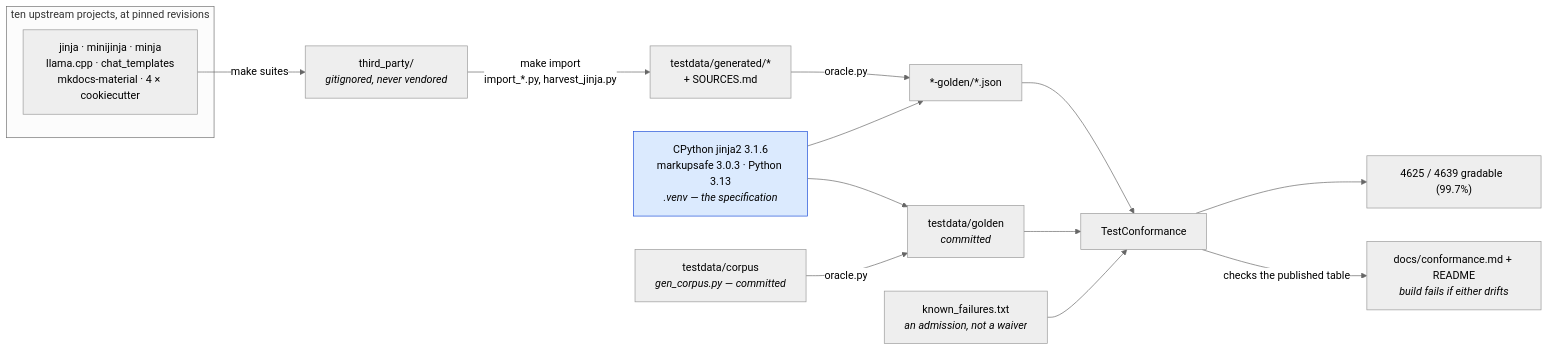
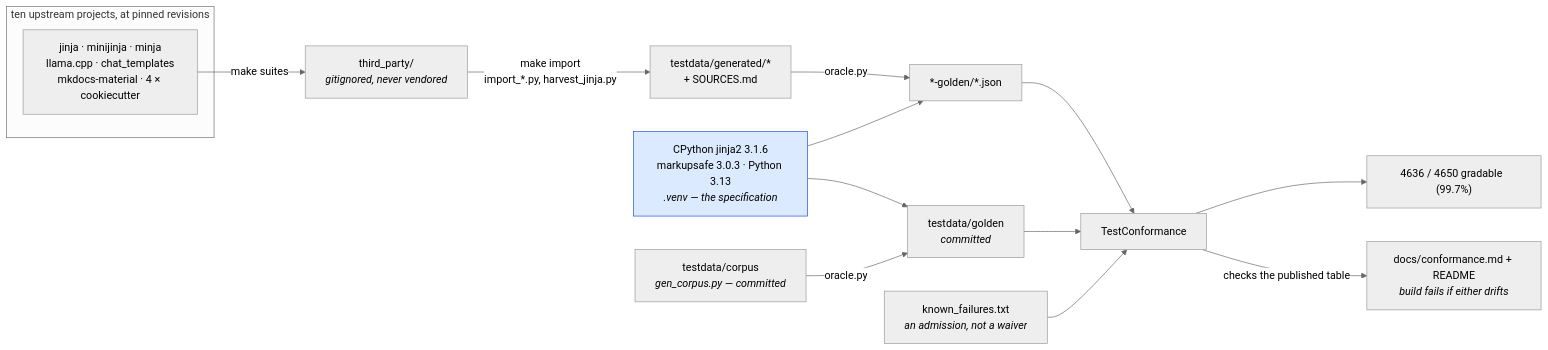
One commit to mgilbir/gojja2 changed the first of 2 diagrams in docs/conformance.md. Above: the diagram before and after it, drawn with Mermaid (neutral theme). The commit also changed other lines of this file and 38 other files, not shown here.

````diff
--- a/docs/conformance.md
+++ b/docs/conformance.md
@@ -17,24 +17,24 @@
 ```mermaid
 flowchart LR
     subgraph up["ten upstream projects, at pinned revisions"]
         U1["jinja · minijinja · minja<br/>llama.cpp · chat_templates<br/>mkdocs-material · 4 × cookiecutter"]
     end
     U1 -->|"make suites"| TP["third_party/<br/><i>gitignored, never vendored</i>"]
     TP -->|"make import<br/>import_*.py, harvest_jinja.py"| GEN["testdata/generated/*<br/>+ SOURCES.md"]
 
     ORA["CPython jinja2 3.1.6<br/>markupsafe 3.0.3 · Python 3.13<br/><i>.venv — the specification</i>"]
     GEN -->|"oracle.py"| G2["*-golden/*.json"]
     ORA --> G2
 
     OWN["testdata/corpus<br/><i>gen_corpus.py — committed</i>"] -->|"oracle.py"| G1["testdata/golden<br/><i>committed</i>"]
     ORA --> G1
 
     G1 --> TC["TestConformance"]
     G2 --> TC
     KF["known_failures.txt<br/><i>an admission, not a waiver</i>"] --> TC
-    TC --> RATE["4625 / 4639 gradable  (99.7%)"]
+    TC --> RATE["4636 / 4650 gradable  (99.7%)"]
     TC -->|"checks the published table"| RM["docs/conformance.md + README<br/><i>build fails if either drifts</i>"]
 
     classDef spec fill:#dbeafe,stroke:#1d4ed8,color:#000
     class ORA spec
 ```
````
